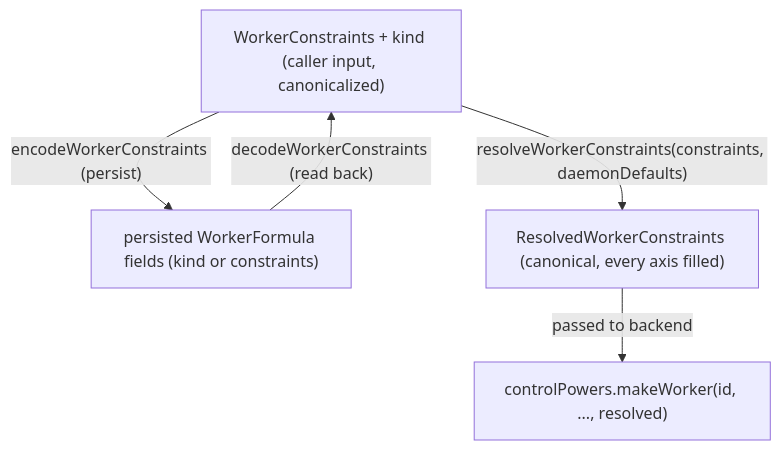
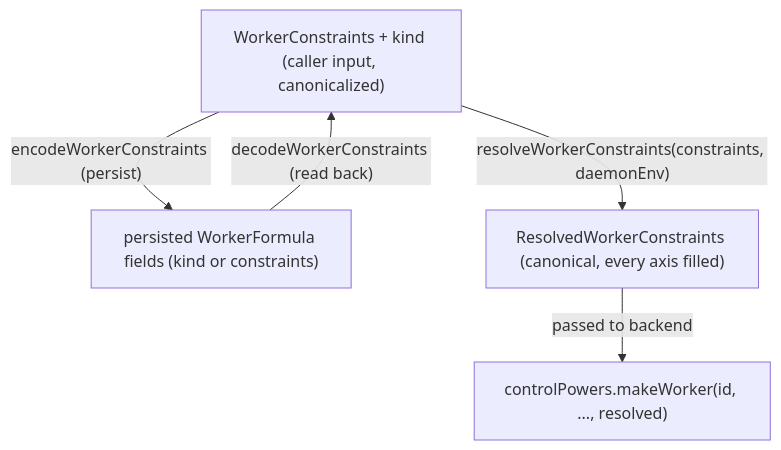
Before and after one commit to endojs/endo-but-for-bots: the diagram in designs/worker-constraint-model.md, drawn with Mermaid. The commit also changed other lines of this file and 2 other files, not shown here.

````diff
--- a/designs/worker-constraint-model.md
+++ b/designs/worker-constraint-model.md
@@ -491,7 +508,7 @@
 ```mermaid
 flowchart TD
   A["WorkerConstraints + kind (caller input, canonicalized)"] -->|"encodeWorkerConstraints (persist)"| C
   C["persisted WorkerFormula fields (kind or constraints)"] -->|"decodeWorkerConstraints (read back)"| A
-  A -->|"resolveWorkerConstraints(constraints, daemonDefaults)"| B
+  A -->|"resolveWorkerConstraints(constraints, daemonEnv)"| B
   B["ResolvedWorkerConstraints (canonical, every axis filled)"] -->|"passed to backend"| D["controlPowers.makeWorker(id, ..., resolved)"]
 ```
````
